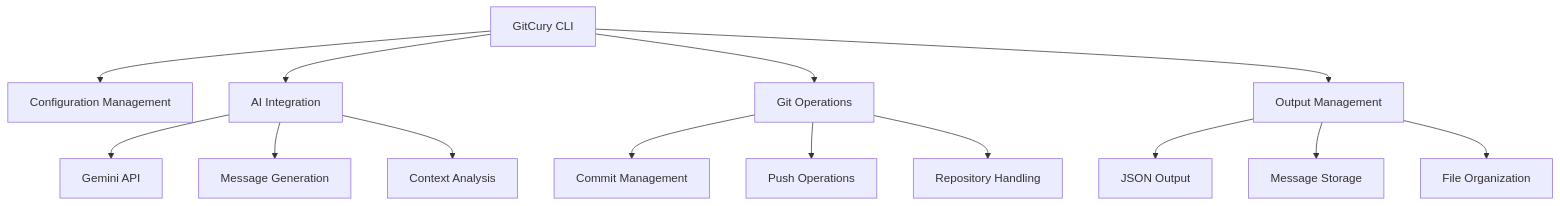
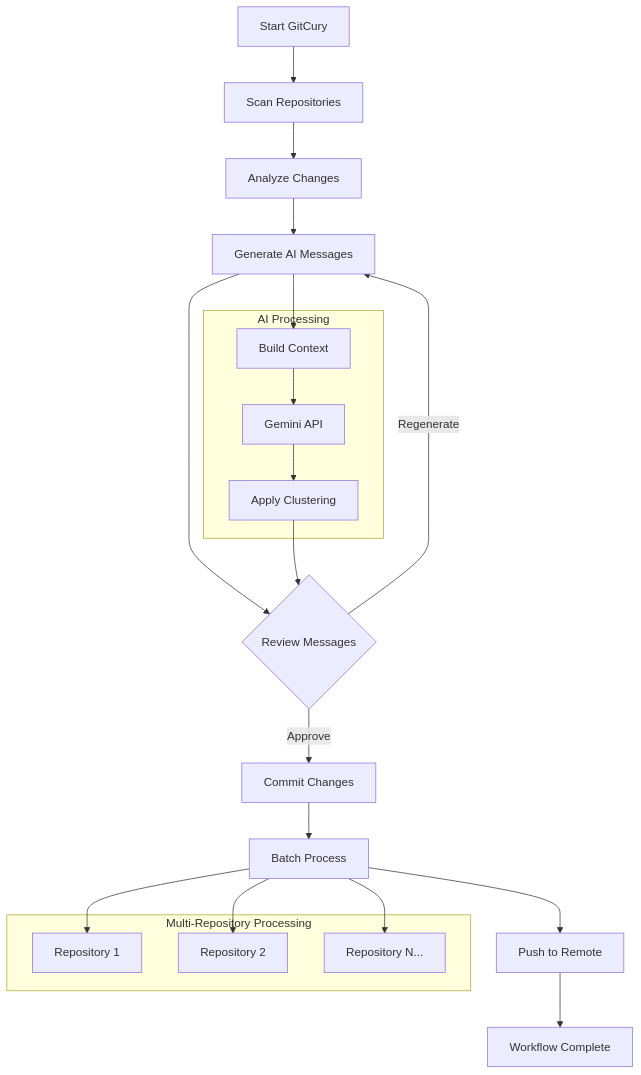
Before and after one commit to divyansh1010x/GitCury: the first of 6 diagrams in README.md, drawn with Mermaid. The commit also changed other lines of this file, not shown here.

````diff
--- a/README.md
+++ b/README.md
@@ -529,19 +158,35 @@
 ```mermaid
 graph TD
-    A[GitCury CLI]
-    A --> B[Configuration Management]
-    A --> C[AI Integration]
-    C --> J[Gemini API]
-    C --> K[Message Generation]
-    C --> L[Context Analysis]
+    START[Start GitCury] --> SCAN[Scan Repositories]
+    SCAN --> ANALYZE[Analyze Changes]
+    ANALYZE --> GENERATE[Generate AI Messages]
     
-    A --> D[Git Operations]
-    D --> M[Commit Management]
-    D --> N[Push Operations]
-    D --> O[Repository Handling]
+    GENERATE --> REVIEW{Review Messages}
+    REVIEW -->|Approve| COMMIT[Commit Changes]
+    REVIEW -->|Regenerate| GENERATE
     
-    A --> E[Output Management]
-    E --> P[JSON Output]
-    E --> Q[Message Storage]
-    E --> R[File Organization]
+    COMMIT --> BATCH[Batch Process]
+    BATCH --> PUSH[Push to Remote]
+    PUSH --> COMPLETE[Workflow Complete]
+    
+    subgraph "Multi-Repository Processing"
+        REPO1[Repository 1]
+        REPO2[Repository 2]
+        REPO3[Repository N...]
+    end
+    
+    BATCH --> REPO1
+    BATCH --> REPO2
+    BATCH --> REPO3
+    
+    subgraph "AI Processing"
+        CONTEXT[Build Context]
+        GEMINI[Gemini API]
+        CLUSTER[Apply Clustering]
+    end
+    
+    GENERATE --> CONTEXT
+    CONTEXT --> GEMINI
+    GEMINI --> CLUSTER
+    CLUSTER --> REVIEW
 ```
````
